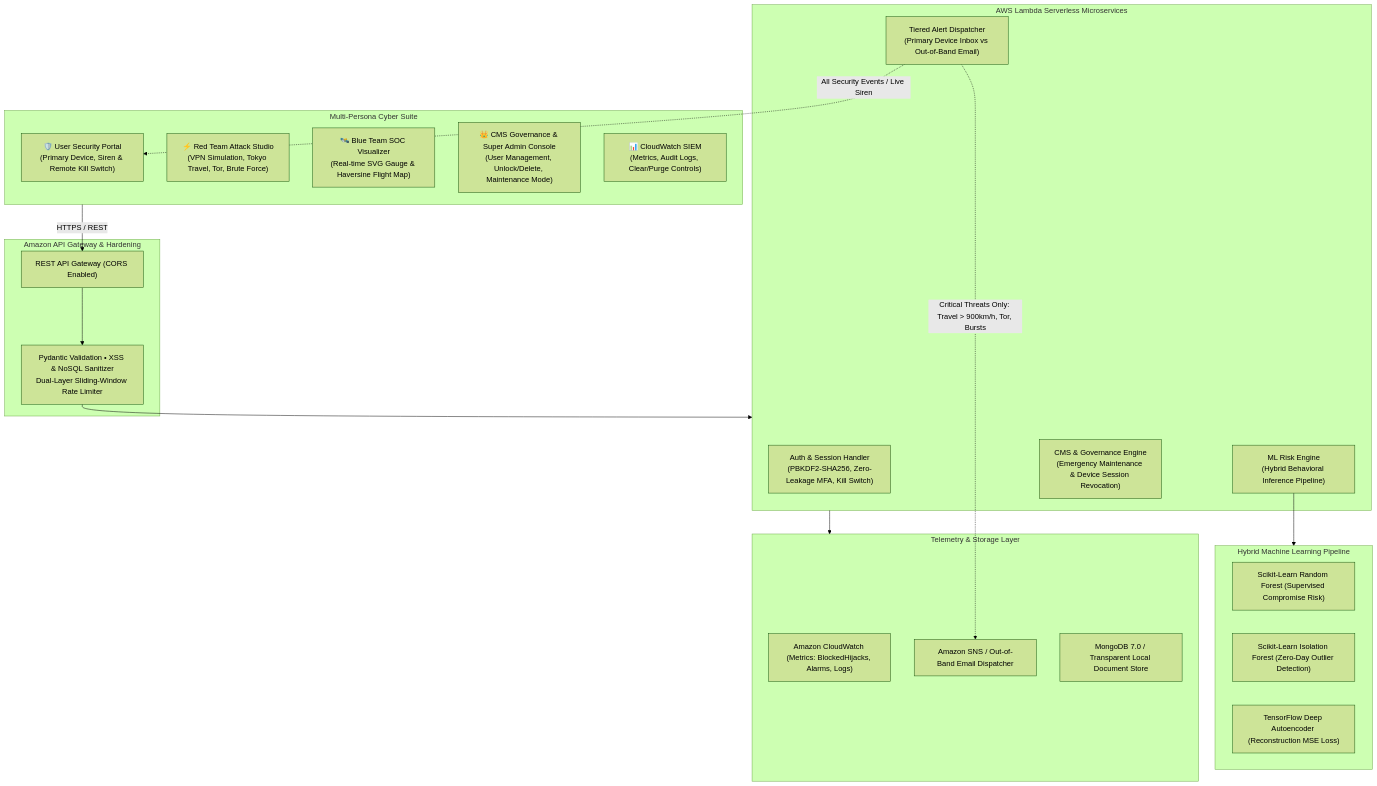
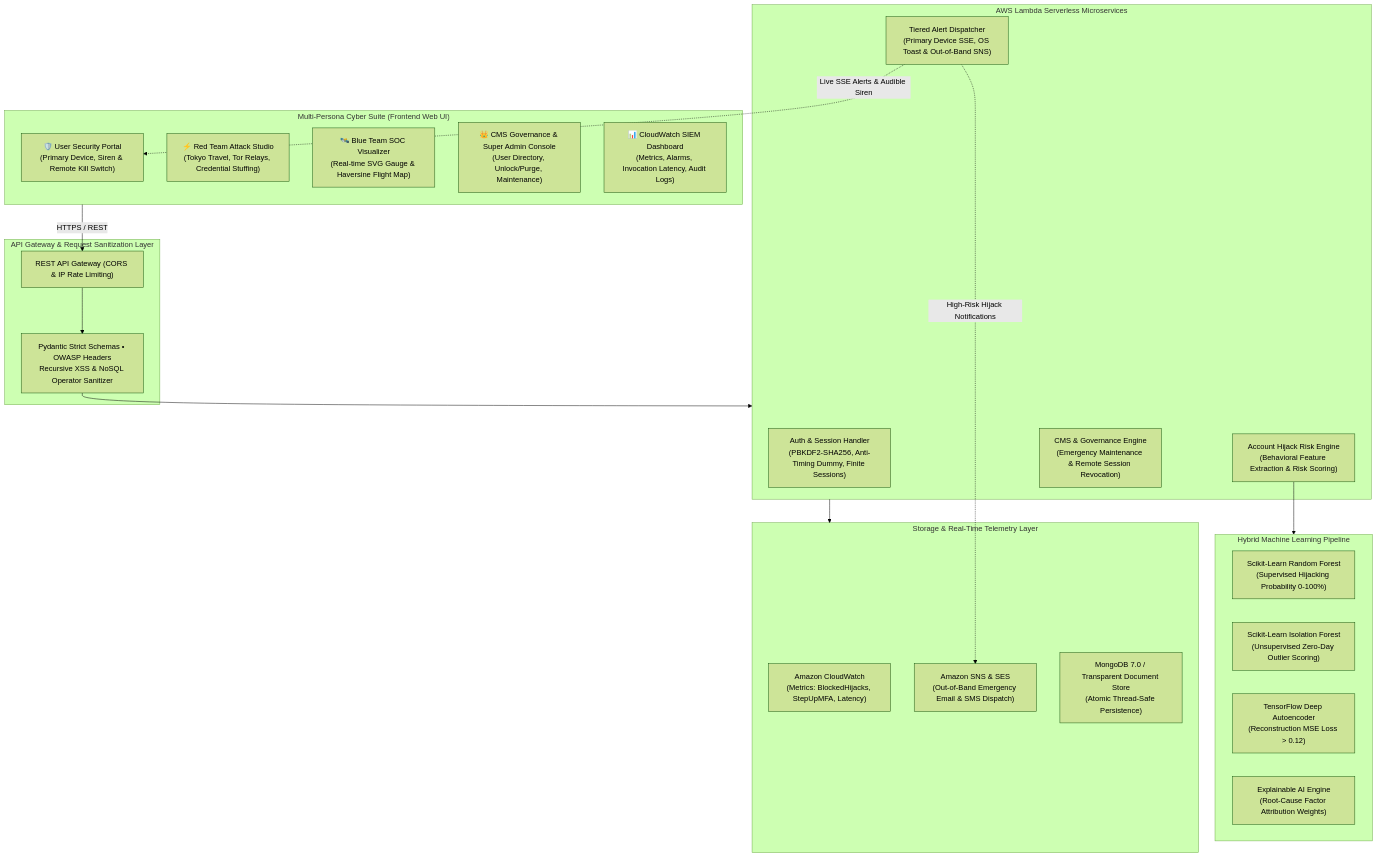
One commit to rootnode-rebels/aws-security changed the diagram in README.md. Above: the diagram before and after it, drawn with Mermaid (forest theme). The commit also changed other lines of this file and 5 other files, not shown here.

Commit message:
feat: complete comprehensive security audit remediation and visual README update

````diff
--- a/README.md
+++ b/README.md
@@ -28,40 +55,41 @@
 ```mermaid
 flowchart TD
-    subgraph CLIENT["Multi-Persona Cyber Suite"]
+    subgraph CLIENT["Multi-Persona Cyber Suite (Frontend Web UI)"]
         U1["🛡️ User Security Portal<br/>(Primary Device, Siren & Remote Kill Switch)"]
-        U2["⚡ Red Team Attack Studio<br/>(VPN Simulation, Tokyo Travel, Tor, Brute Force)"]
+        U2["⚡ Red Team Attack Studio<br/>(Tokyo Travel, Tor Relays, Credential Stuffing)"]
         U3["🛰️ Blue Team SOC Visualizer<br/>(Real-time SVG Gauge & Haversine Flight Map)"]
-        U4["👑 CMS Governance & Super Admin Console<br/>(User Management, Unlock/Delete, Maintenance Mode)"]
-        U5["📊 CloudWatch SIEM<br/>(Metrics, Audit Logs, Clear/Purge Controls)"]
+        U4["👑 CMS Governance & Super Admin Console<br/>(User Directory, Unlock/Purge, Maintenance)"]
+        U5["📊 CloudWatch SIEM Dashboard<br/>(Metrics, Alarms, Invocation Latency, Audit Logs)"]
     end
 
-    subgraph GATEWAY["Amazon API Gateway & Hardening"]
-        GW["REST API Gateway (CORS Enabled)"]
-        V["Pydantic Validation • XSS & NoSQL Sanitizer<br/>Dual-Layer Sliding-Window Rate Limiter"]
+    subgraph GATEWAY["API Gateway & Request Sanitization Layer"]
+        GW["REST API Gateway (CORS & IP Rate Limiting)"]
+        V["Pydantic Strict Schemas • OWASP Headers<br/>Recursive XSS & NoSQL Operator Sanitizer"]
     end
 
     subgraph COMPUTE["AWS Lambda Serverless Microservices"]
-        L1["Auth & Session Handler<br/>(PBKDF2-SHA256, Zero-Leakage MFA, Kill Switch)"]
-        L2["ML Risk Engine<br/>(Hybrid Behavioral Inference Pipeline)"]
-        L3["Tiered Alert Dispatcher<br/>(Primary Device Inbox vs Out-of-Band Email)"]
-        L4["CMS & Governance Engine<br/>(Emergency Maintenance & Device Session Revocation)"]
+        L1["Auth & Session Handler<br/>(PBKDF2-SHA256, Anti-Timing Dummy, Finite Sessions)"]
+        L2["Account Hijack Risk Engine<br/>(Behavioral Feature Extraction & Risk Scoring)"]
+        L3["Tiered Alert Dispatcher<br/>(Primary Device SSE, OS Toast & Out-of-Band SNS)"]
+        L4["CMS & Governance Engine<br/>(Emergency Maintenance & Remote Session Revocation)"]
     end
 
     subgraph ML["Hybrid Machine Learning Pipeline"]
-        M1["Scikit-Learn Random Forest (Supervised Compromise Risk)"]
-        M2["Scikit-Learn Isolation Forest (Zero-Day Outlier Detection)"]
-        M3["TensorFlow Deep Autoencoder (Reconstruction MSE Loss)"]
+        M1["Scikit-Learn Random Forest<br/>(Supervised Hijacking Probability 0-100%)"]
+        M2["Scikit-Learn Isolation Forest<br/>(Unsupervised Zero-Day Outlier Scoring)"]
+        M3["TensorFlow Deep Autoencoder<br/>(Reconstruction MSE Loss > 0.12)"]
+        M4["Explainable AI Engine<br/>(Root-Cause Factor Attribution Weights)"]
     end
 
-    subgraph STORAGE["Telemetry & Storage Layer"]
-        CW["Amazon CloudWatch (Metrics: BlockedHijacks, Alarms, Logs)"]
-        SNS["Amazon SNS / Out-of-Band Email Dispatcher"]
-        DB["MongoDB 7.0 / Transparent Local Document Store"]
+    subgraph STORAGE["Storage & Real-Time Telemetry Layer"]
+        CW["Amazon CloudWatch<br/>(Metrics: BlockedHijacks, StepUpMFA, Latency)"]
+        SNS["Amazon SNS & SES<br/>(Out-of-Band Emergency Email & SMS Dispatch)"]
+        DB["MongoDB 7.0 / Transparent Document Store<br/>(Atomic Thread-Safe Persistence)"]
     end
 
     CLIENT -->|HTTPS / REST| GW --> V --> COMPUTE
     L2 --> ML
     COMPUTE --> STORAGE
-    L3 -.->|All Security Events / Live Siren| U1
-    L3 -.->|Critical Threats Only: Travel > 900km/h, Tor, Bursts| SNS
+    L3 -.->|Live SSE Alerts & Audible Siren| U1
+    L3 -.->|High-Risk Hijack Notifications| SNS
 ```
````
